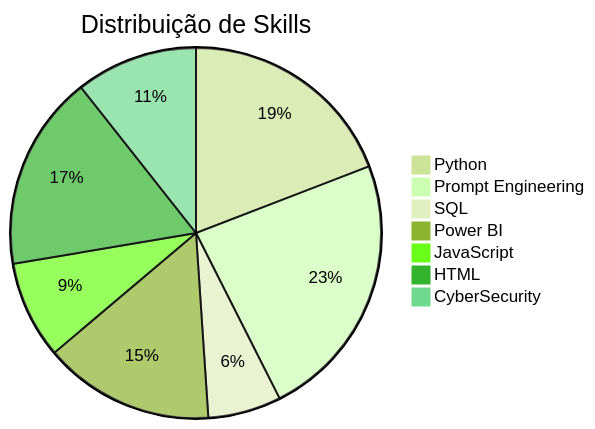
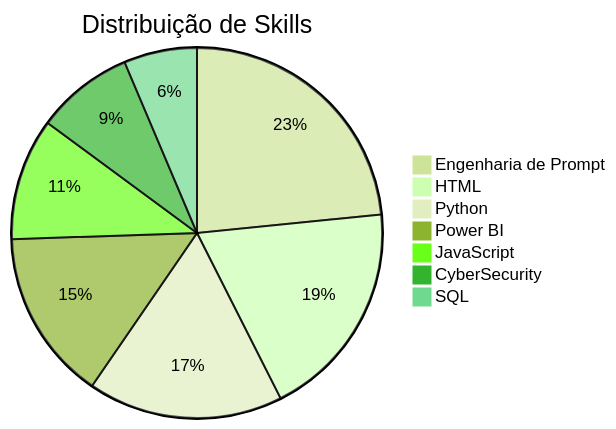
The diagram in README.md (DPViega/DPViega), drawn with Mermaid (forest theme) before and after one commit. The commit also changed other lines of this file, not shown here.

````diff
--- a/README.md
+++ b/README.md
@@ -77,10 +123,10 @@
 ```mermaid
 pie title Distribuição de Skills
-    "Python" : 45
-    "Prompt Engineering" : 55
+    "Engenharia de Prompt" : 55
+    "HTML" : 45
+    "Python" : 40
+    "Power BI" : 35
+    "JavaScript" : 25
+    "CyberSecurity" : 20
     "SQL" : 15
-    "Power BI" : 35
-    "JavaScript" : 20
-    "HTML" : 40
-    "CyberSecurity" : 25
 ```
````
